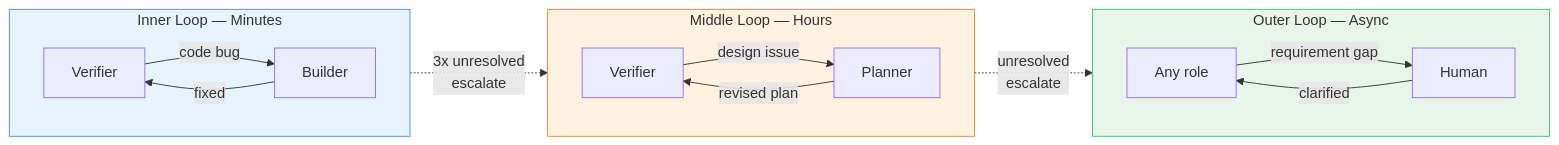
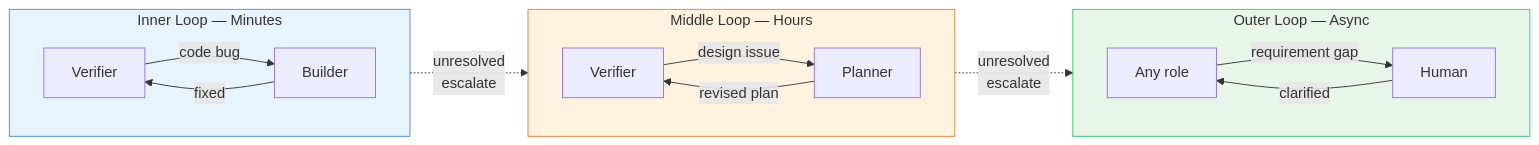
One commit to hex1n/baton changed the second of 2 diagrams in README.md. Above: the diagram before and after it, drawn with Mermaid. The commit also changed other lines of this file and 3 other files, not shown here.

````diff
--- a/README.md
+++ b/README.md
@@ -98,27 +101,27 @@
 ```mermaid
 flowchart LR
     subgraph Inner["Inner Loop — Minutes"]
         direction LR
         V1[Verifier] -->|code bug| B1[Builder]
         B1 -->|fixed| V1
     end
 
     subgraph Middle["Middle Loop — Hours"]
         direction LR
         V2[Verifier] -->|design issue| P1[Planner]
         P1 -->|revised plan| V2
     end
 
     subgraph Outer["Outer Loop — Async"]
         direction LR
         Any[Any role] -->|requirement gap| H1[Human]
         H1 -->|clarified| Any
     end
 
-    Inner -.->|"3x unresolved<br/>escalate"| Middle
+    Inner -.->|"unresolved<br/>escalate"| Middle
     Middle -.->|"unresolved<br/>escalate"| Outer
 
     style Inner fill:#E8F4FD,stroke:#4A90D9
     style Middle fill:#FFF3E0,stroke:#E8833A
     style Outer fill:#E8F5E9,stroke:#2ECC71
 ```
````
